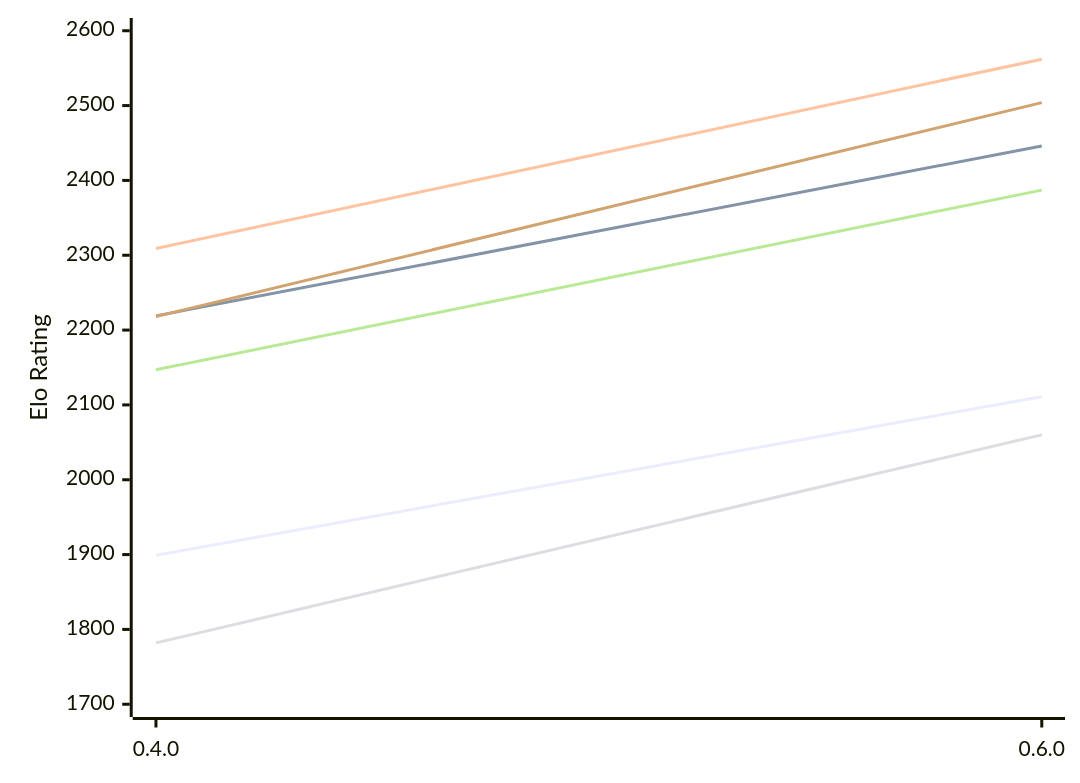
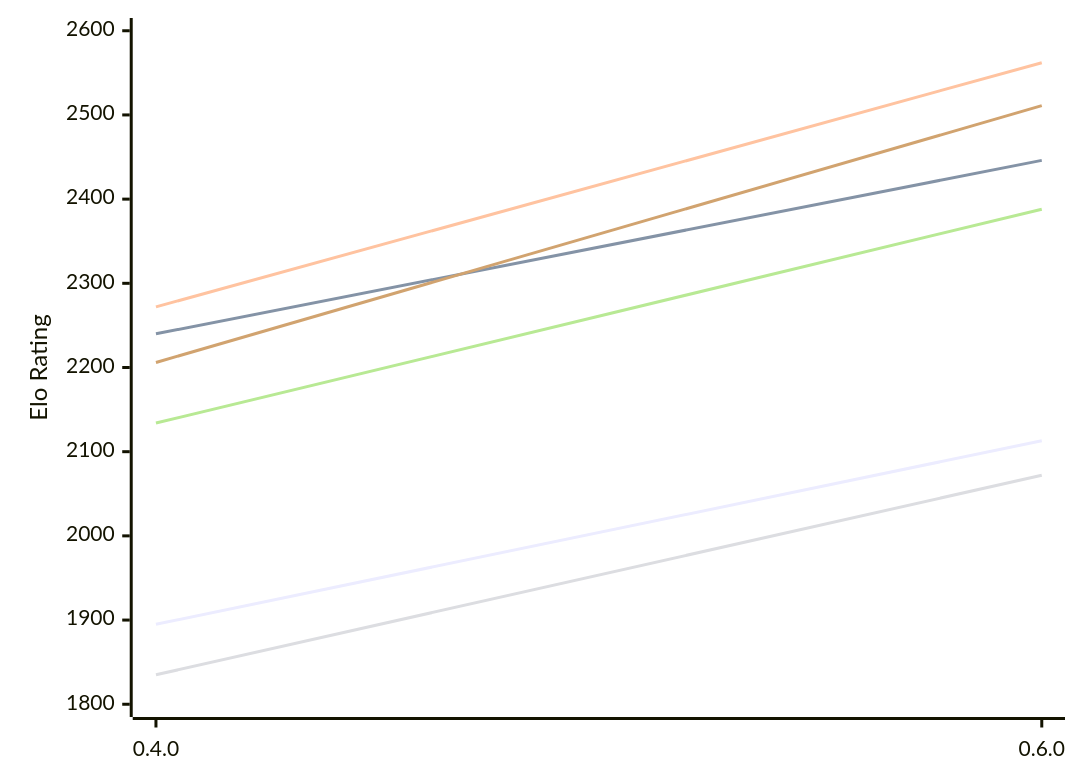
Before and after one commit to computer-chess-index/cci: the first of 2 diagrams in engines/Ariadne.md, drawn with Mermaid. The commit also changed other lines of this file, not shown here.

Commit message:
Update CCI Ratings (ELO VLTC) - 2026-11-17

````diff
--- a/engines/Ariadne.md
+++ b/engines/Ariadne.md
@@ -50,12 +50,12 @@
 ```mermaid
 %%{init: {"theme":"base","themeVariables":{"seriesColors:['#a3a3a3','#222221','#faa371']}}}%%
 xychart-beta
   x-axis ["0.4.0", "0.6.0"]
-  y-axis "Elo Rating" 1700 --> 2600
-  line "E1: STC (8.0+0.08s)" [1899, 2111]
-  line "E1: LTC (60.0+0.60s)" [2219, 2446]
-  line "E1: VLTC (2m24s+1.12s)" [2309, 2562]
-  line "P1: STC (8.0+0.08s)" [1782, 2060]
-  line "P1: LTC (60.0+0.60s)" [2147, 2387]
-  line "P1: VLTC (2m24s+1.12s)" [2218, 2504]
+  y-axis "Elo Rating" 1800 --> 2600
+  line "E1: STC (8.0+0.08s)" [1895, 2113]
+  line "E1: LTC (60.0+0.60s)" [2240, 2446]
+  line "E1: VLTC (2m24s+1.12s)" [2272, 2562]
+  line "P1: STC (8.0+0.08s)" [1835, 2072]
+  line "P1: LTC (60.0+0.60s)" [2134, 2388]
+  line "P1: VLTC (2m24s+1.12s)" [2206, 2511]
 ```
````
